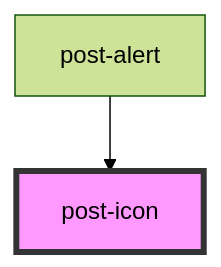
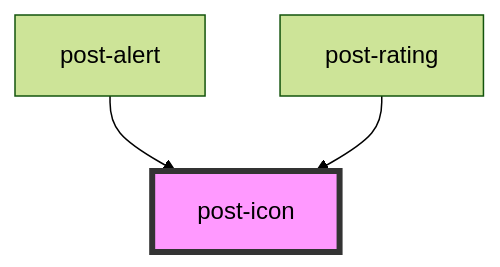
The diagram in packages/components/src/components/post-icon/readme.md (swisspost/design-system), drawn with Mermaid (forest theme) before and after one commit. The commit also changed other lines of this file and 3 other files, not shown here.

Commit message:
feat(components): post-icon implementation

````diff
--- a/packages/components/src/components/post-icon/readme.md
+++ b/packages/components/src/components/post-icon/readme.md
@@ -28,5 +29,6 @@
 ```mermaid
 graph TD;
   post-alert --> post-icon
+  post-rating --> post-icon
   style post-icon fill:#f9f,stroke:#333,stroke-width:4px
 ```
````
